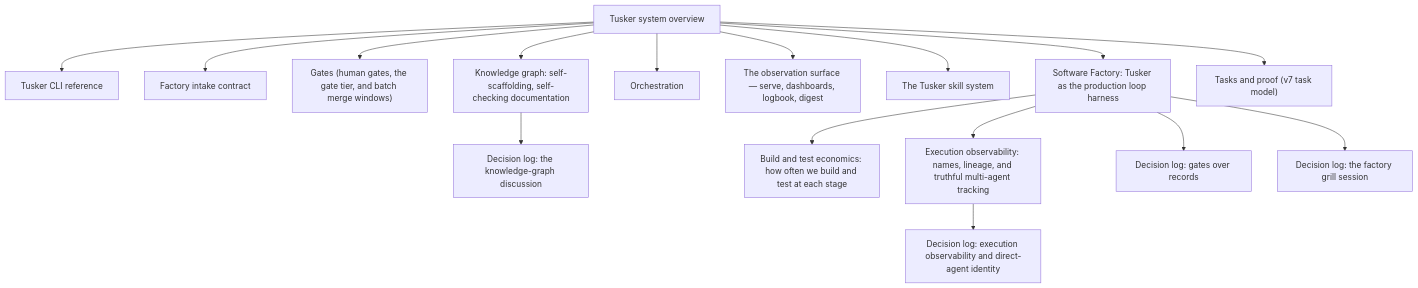
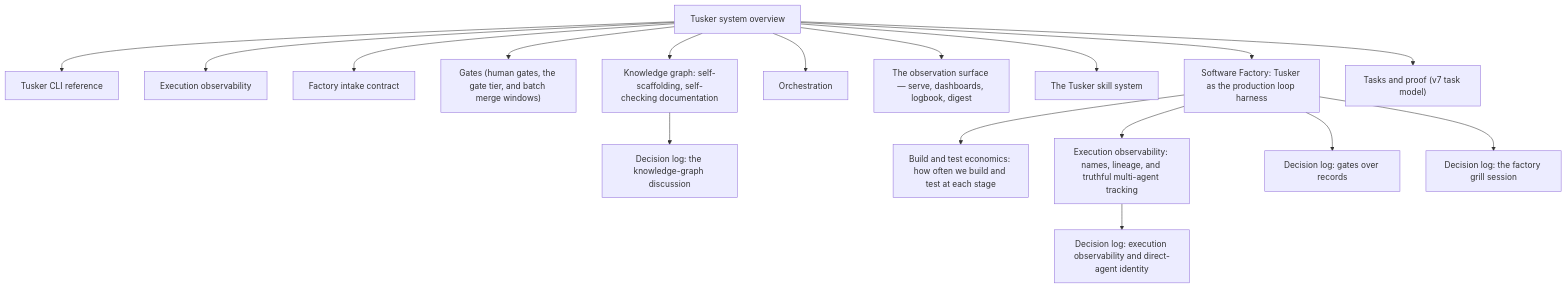
The second of 2 diagrams in docs/system/00-overview.md (srv1n/tusker), drawn with Mermaid before and after one commit. The commit also changed other lines of this file and 118 other files, not shown here.

Commit message:
Ship execution observability and runtime work views

````diff
--- a/docs/system/00-overview.md
+++ b/docs/system/00-overview.md
@@ -97,34 +115,36 @@
 ```mermaid
 graph TD
   n_build_and_test_economics["Build and test economics: how often we build and test at each stage"]
   n_cli["Tusker CLI reference"]
   n_execution_observability["Execution observability: names, lineage, and truthful multi-agent tracking"]
   n_execution_observability_grill["Decision log: execution observability and direct-agent identity"]
+  n_execution_observability_system["Execution observability"]
   n_factory_intake["Factory intake contract"]
   n_gates["Gates (human gates, the gate tier, and batch merge windows)"]
   n_gates_over_records["Decision log: gates over records"]
   n_knowledge_graph["Knowledge graph: self-scaffolding, self-checking documentation"]
   n_knowledge_graph_grill["Decision log: the knowledge-graph discussion"]
   n_orchestration["Orchestration"]
   n_overview["Tusker system overview"]
   n_serve_ui["The observation surface — serve, dashboards, logbook, digest"]
   n_skills["The Tusker skill system"]
   n_software_factory["Software Factory: Tusker as the production loop harness"]
   n_software_factory_grill["Decision log: the factory grill session"]
   n_tasks_and_proof["Tasks and proof (v7 task model)"]
   n_software_factory --> n_build_and_test_economics
   n_overview --> n_cli
   n_software_factory --> n_execution_observability
   n_execution_observability --> n_execution_observability_grill
+  n_overview --> n_execution_observability_system
   n_overview --> n_factory_intake
   n_overview --> n_gates
   n_software_factory --> n_gates_over_records
   n_overview --> n_knowledge_graph
   n_knowledge_graph --> n_knowledge_graph_grill
   n_overview --> n_orchestration
   n_overview --> n_serve_ui
   n_overview --> n_skills
   n_overview --> n_software_factory
   n_software_factory --> n_software_factory_grill
   n_overview --> n_tasks_and_proof
 ```
````
